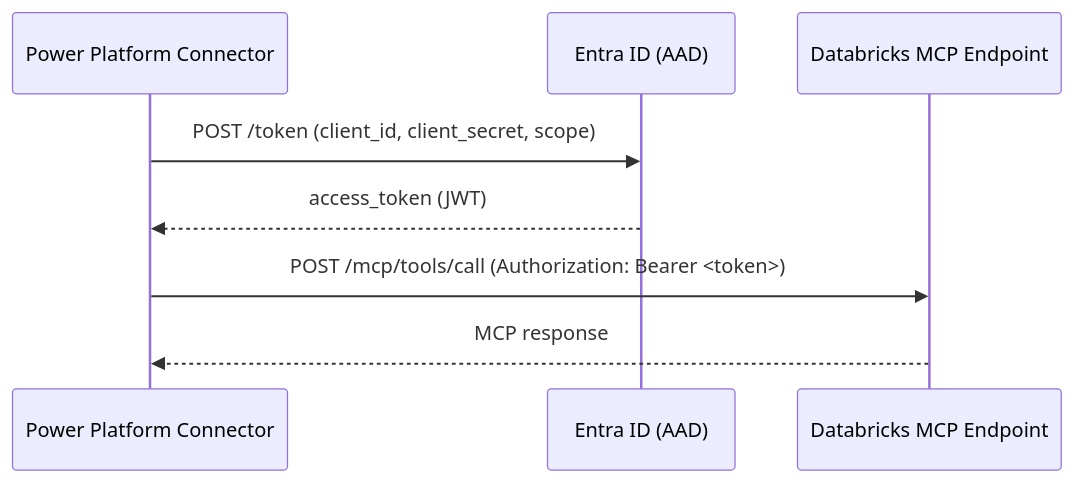
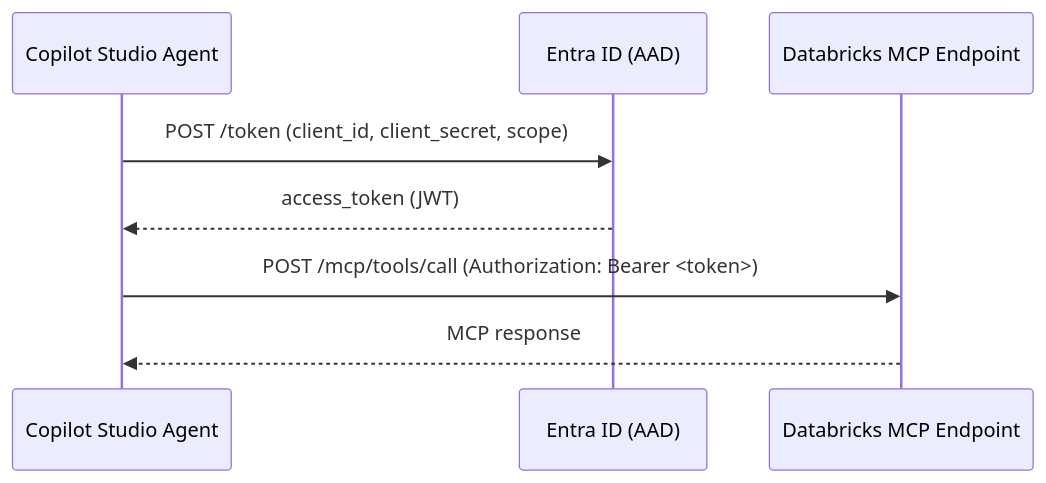
The diagram in docs/20-patterns/authentication/pattern-oauth-client-credentials.md (briangre/CopilotStudioVirtualNetworking), drawn with Mermaid before and after one commit. The commit also changed other lines of this file and 9 other files, not shown here.

First line of the commit message:
Remove Power Automate and Power Apps references; scope docs to Copilot Studio agents only (#9)

````diff
--- a/docs/20-patterns/authentication/pattern-oauth-client-credentials.md
+++ b/docs/20-patterns/authentication/pattern-oauth-client-credentials.md
@@ -9,11 +9,11 @@
 ```mermaid
 sequenceDiagram
-    participant PP as Power Platform Connector
+    participant PP as Copilot Studio Agent
     participant AAD as Entra ID (AAD)
     participant DBX as Databricks MCP Endpoint
 
     PP->>AAD: POST /token (client_id, client_secret, scope)
     AAD-->>PP: access_token (JWT)
     PP->>DBX: POST /mcp/tools/call (Authorization: Bearer <token>)
     DBX-->>PP: MCP response
 ```
````
